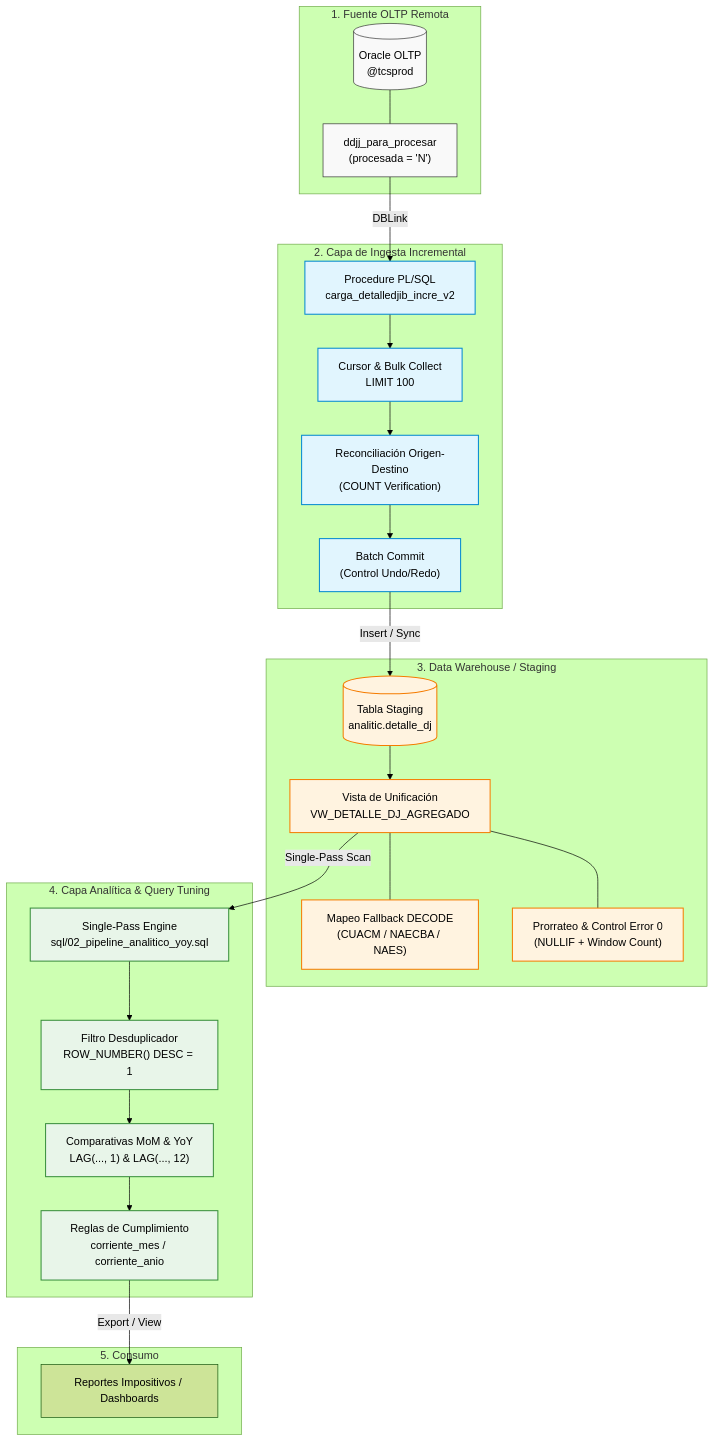
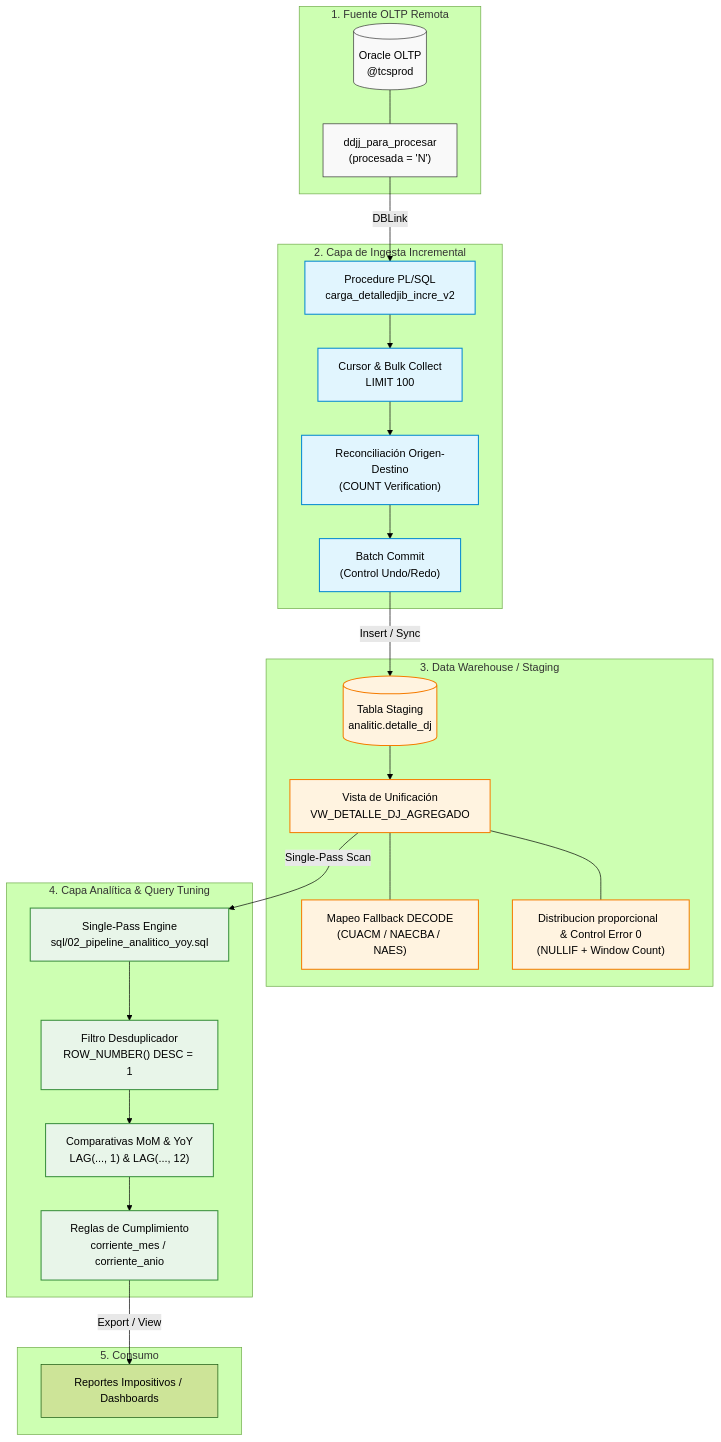
One commit to AndreaMonzon/Portfolio-Data-Engineer- changed the diagram in docs/arquitectura.md. Above: the diagram before and after it, drawn with Mermaid (forest theme).

````diff
--- a/docs/arquitectura.md
+++ b/docs/arquitectura.md
@@ -1,61 +1,61 @@
 ```mermaid
 flowchart TD
 
     %% Nodos de la Fuente
     subgraph S1 ["1. Fuente OLTP Remota"]
         A[("Oracle OLTP<br/>@tcsprod")]
         A1["ddjj_para_procesar<br/>(procesada = 'N')"]
         A --- A1
     end
 
     %% Nodos de Ingesta / ETL
     subgraph S2 ["2. Capa de Ingesta Incremental"]
         B["Procedure PL/SQL<br/>carga_detalledjib_incre_v2"]
         B1["Cursor & Bulk Collect<br/>LIMIT 100"]
         B2["Reconciliación Origen-Destino<br/>(COUNT Verification)"]
         B3["Batch Commit<br/>(Control Undo/Redo)"]
         B --> B1 --> B2 --> B3
     end
 
     %% Nodos de Staging / Data Warehouse
     subgraph S3 ["3. Data Warehouse / Staging"]
         C[("Tabla Staging<br/>analitic.detalle_dj")]
         D["Vista de Unificación<br/>VW_DETALLE_DJ_AGREGADO"]
         D1["Mapeo Fallback DECODE<br/>(CUACM / NAECBA / NAES)"]
-        D2["Prorrateo & Control Error 0<br/>(NULLIF + Window Count)"]
+        D2["Distribucion proporcional  & Control Error 0<br/>(NULLIF + Window Count)"]
         C --> D
         D --- D1
         D --- D2
     end
 
     %% Nodos Analíticos
     subgraph S4 ["4. Capa Analítica & Query Tuning"]
         E["Single-Pass Engine<br/>sql/02_pipeline_analitico_yoy.sql"]
         E1["Filtro Desduplicador<br/>ROW_NUMBER() DESC = 1"]
         E2["Comparativas MoM & YoY<br/>LAG(..., 1) & LAG(..., 12)"]
         E3["Reglas de Cumplimiento<br/>corriente_mes / corriente_anio"]
         E --> E1 --> E2 --> E3
     end
 
     %% Consumo
     subgraph S5 ["5. Consumo"]
         F["Reportes Impositivos / Dashboards"]
     end
 
     %% Conexiones principales
     A1 -->|DBLink| B
     B3 -->|Insert / Sync| C
     D -->|Single-Pass Scan| E
     E3 -->|Export / View| F
 
     %% Estilos
     classDef fuente fill:#f9f9f9,stroke:#333,stroke-width:1px;
     classDef ingesta fill:#e1f5fe,stroke:#0288d1,stroke-width:1.5px;
     classDef dw fill:#fff3e0,stroke:#f57c00,stroke-width:1.5px;
     classDef analitica fill:#e8f5e9,stroke:#388e3c,stroke-width:1.5px;
 
     class A,A1 fuente;
     class B,B1,B2,B3 ingesta;
     class C,D,D1,D2 dw;
     class E,E1,E2,E3 analitica;
 ```
````
